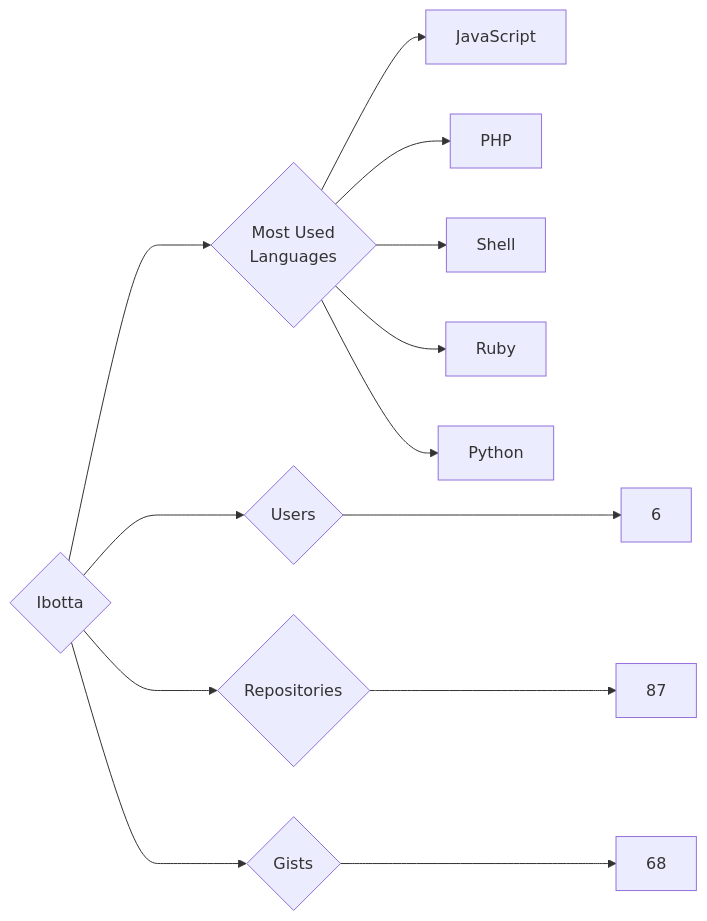
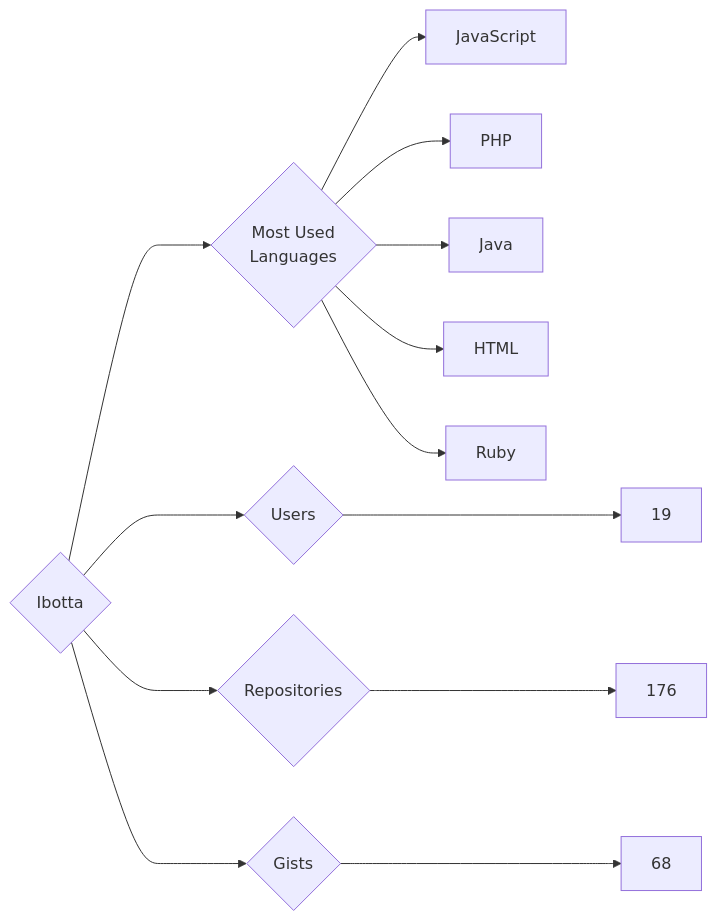
The diagram in targets/Ibotta/README.md (trickest/insiders), drawn with Mermaid before and after one commit. The commit also changed 682 other files, not shown here.

````diff
--- a/targets/Ibotta/README.md
+++ b/targets/Ibotta/README.md
@@ -3,13 +3,13 @@
 ```mermaid
 graph LR
 COMPANY_NAME{Ibotta}
-COMPANY_NAME ---> U{Users} ---> UN[6]
-COMPANY_NAME ---> R{Repositories} ---> RN[87]
+COMPANY_NAME ---> U{Users} ---> UN[19]
+COMPANY_NAME ---> R{Repositories} ---> RN[176]
 COMPANY_NAME ---> G{Gists} ---> GN[68]
 COMPANY_NAME ---> ML{Most Used<br>Languages}
 ML --> JavaScript[JavaScript]
 ML --> PHP[PHP]
-ML --> Shell[Shell]
+ML --> Java[Java]
+ML --> HTML[HTML]
 ML --> Ruby[Ruby]
-ML --> Python[Python]
 ```
````
